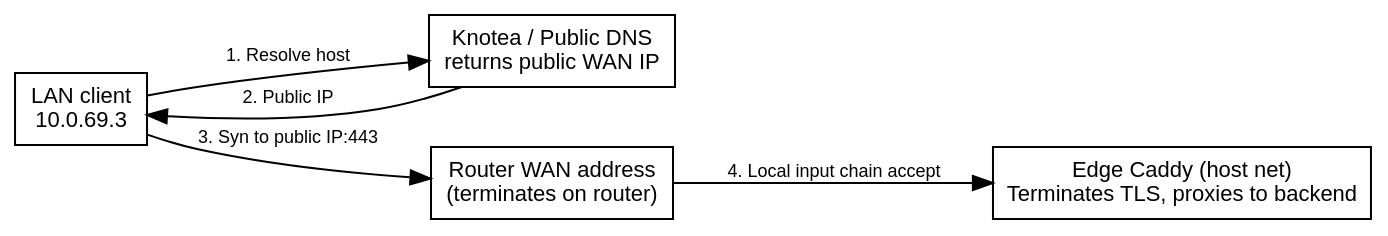
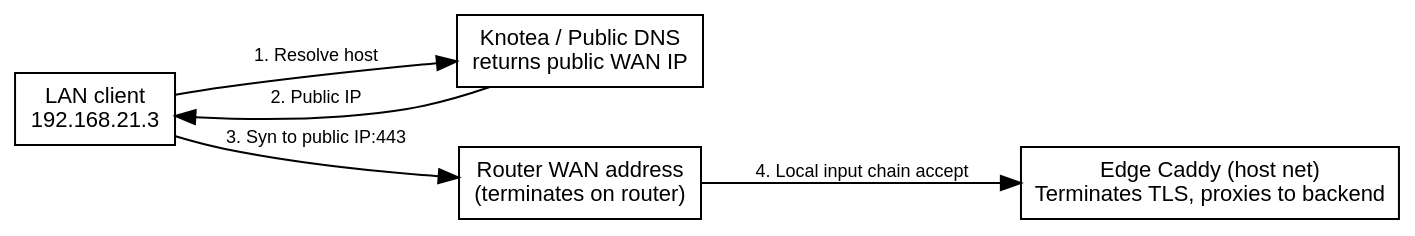
Before and after one commit to erfianugrah/lexicanum: the second of 3 diagrams in src/content/docs/reference/nixos-router-network-design.mdx, drawn with Graphviz. The commit also changed other lines of this file and 17 other files, not shown here.

````diff
--- a/src/content/docs/reference/nixos-router-network-design.mdx
+++ b/src/content/docs/reference/nixos-router-network-design.mdx
@@ -383,18 +383,18 @@
 ```dot
 digraph {
   rankdir=LR; bgcolor="transparent"; nodesep=0.3; ranksep=0.7;
   fontname="Helvetica,Arial,sans-serif";
   node [fontname="Helvetica,Arial,sans-serif", fontsize=11, shape=box];
   edge [fontname="Helvetica,Arial,sans-serif", fontsize=9];
 
-  client [label="LAN client\n10.0.69.3"];
+  client [label="LAN client\n192.168.21.3"];
   dns [label="Knotea / Public DNS\nreturns public WAN IP"];
   router_wan [label="Router WAN address\n(terminates on router)"];
   caddy [label="Edge Caddy (host net)\nTerminates TLS, proxies to backend"];
 
   client -> dns [label="1. Resolve host"];
   dns -> client [label="2. Public IP"];
   client -> router_wan [label="3. Syn to public IP:443"];
   router_wan -> caddy [label="4. Local input chain accept"];
 }
 ```
````
